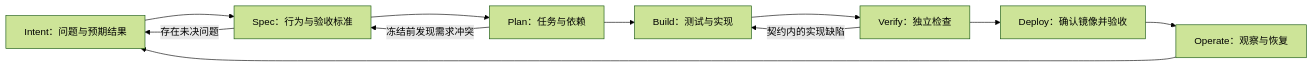
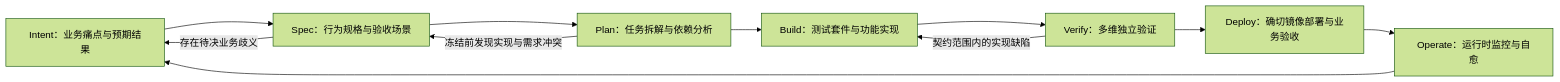
The diagram in docs/guides/ai-native-sdlc/zh/01-operating-model.md (huangyingting/ai-native-sdlc), drawn with Mermaid (forest theme) before and after one commit. The commit also changed other lines of this file and 15 other files, not shown here.

````diff
--- a/docs/guides/ai-native-sdlc/zh/01-operating-model.md
+++ b/docs/guides/ai-native-sdlc/zh/01-operating-model.md
@@ -32,13 +31,13 @@
 ```mermaid
 flowchart LR
-  I["Intent：问题与预期结果"] --> S["Spec：行为与验收标准"]
-  S --> P["Plan：任务与依赖"]
-  P --> B["Build：测试与实现"]
-  B --> V["Verify：独立检查"]
-  V --> D["Deploy：确认镜像并验收"]
-  D --> O["Operate：观察与恢复"]
+  I["Intent：业务痛点与预期结果"] --> S["Spec：行为规格与验收场景"]
+  S --> P["Plan：任务拆解与依赖分析"]
+  P --> B["Build：测试套件与功能实现"]
+  B --> V["Verify：多维独立验证"]
+  V --> D["Deploy：确切镜像部署与业务验收"]
+  D --> O["Operate：运行时监控与自愈"]
   O --> I
-  S -->|"存在未决问题"| I
-  P -->|"冻结前发现需求冲突"| S
-  V -->|"契约内的实现缺陷"| B
+  S -->|"存在待决业务歧义"| I
+  P -->|"冻结前发现实现与需求冲突"| S
+  V -->|"契约范围内的实现缺陷"| B
 ```
````
